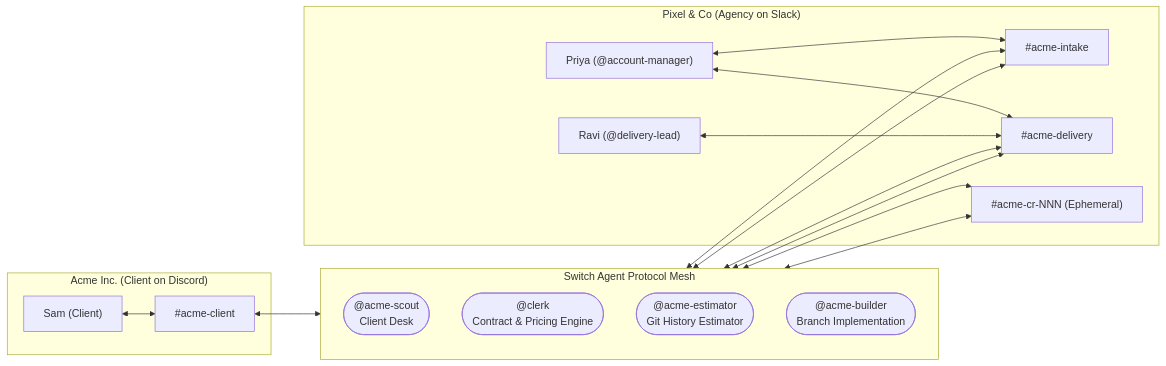
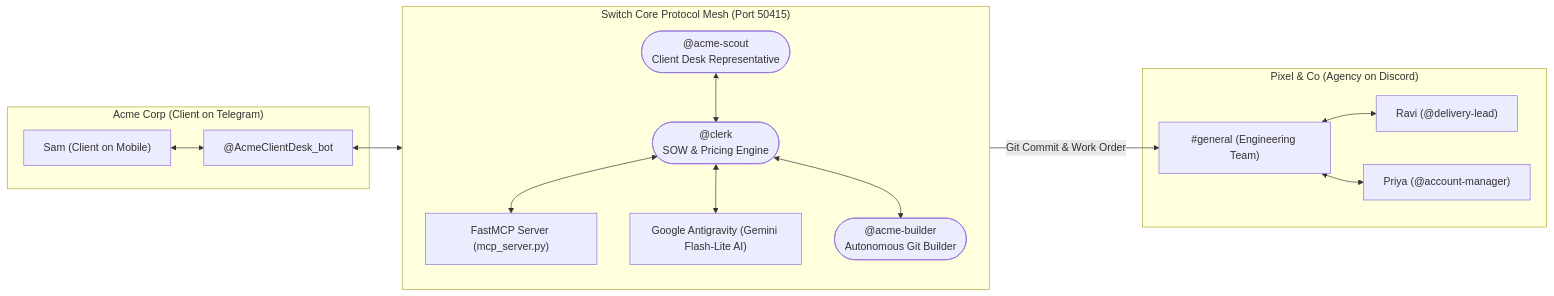
One commit to napraveen/scopekeeper changed the first of 2 diagrams in README.md. Above: the diagram before and after it, drawn with Mermaid. The commit also changed other lines of this file and 4 other files, not shown here.

Commit message:
docs: update README with Telegram-Discord bridge, FastMCP specs, and 1-click Windows launch suite

````diff
--- a/README.md
+++ b/README.md
@@ -53,35 +55,32 @@
 ```mermaid
 flowchart LR
-    subgraph Discord["Acme Inc. (Client on Discord)"]
-        ClientUser["Sam (Client)"]
-        RoomClient["#acme-client"]
+    subgraph Telegram["Acme Corp (Client on Telegram)"]
+        ClientUser["Sam (Client on Mobile)"]
+        BotTelegram["@AcmeClientDesk_bot"]
     end
 
-    subgraph Switch["Switch Agent Protocol Mesh"]
+    subgraph Switch["Switch Core Protocol Mesh (Port 50415)"]
         direction TB
-        Scout(["@acme-scout<br/>Client Desk"])
-        Clerk(["@clerk<br/>Contract & Pricing Engine"])
-        Estimator(["@acme-estimator<br/>Git History Estimator"])
-        Builder(["@acme-builder<br/>Branch Implementation"])
+        Scout(["@acme-scout<br/>Client Desk Representative"])
+        Clerk(["@clerk<br/>SOW & Pricing Engine"])
+        Builder(["@acme-builder<br/>Autonomous Git Builder"])
+        MCP["FastMCP Server (mcp_server.py)"]
+        Gemini["Google Antigravity (Gemini Flash-Lite AI)"]
     end
 
-    subgraph Slack["Pixel & Co (Agency on Slack)"]
-        RoomIntake["#acme-intake"]
-        RoomDelivery["#acme-delivery"]
-        RoomCR["#acme-cr-NNN (Ephemeral)"]
+    subgraph Discord["Pixel & Co (Agency on Discord)"]
+        ChannelEng["#general (Engineering Team)"]
+        Ravi["Ravi (@delivery-lead)"]
         Priya["Priya (@account-manager)"]
-        Ravi["Ravi (@delivery-lead)"]
     end
 
-    ClientUser <--> RoomClient
-    RoomClient <--> Scout
-    Scout <--> RoomIntake
-    RoomIntake <--> Clerk
-    Clerk <--> RoomDelivery
-    Clerk <--> RoomCR
-    Estimator <--> RoomCR
-    Builder <--> RoomDelivery
-    Priya <--> RoomIntake
-    Priya <--> RoomDelivery
-    Ravi <--> RoomDelivery
+    ClientUser <--> BotTelegram
+    BotTelegram <--> Scout
+    Scout <--> Clerk
+    Clerk <--> MCP
+    Clerk <--> Gemini
+    Clerk <--> Builder
+    Builder -- "Git Commit & Work Order" --> ChannelEng
+    ChannelEng <--> Ravi
+    ChannelEng <--> Priya
 ```
````
